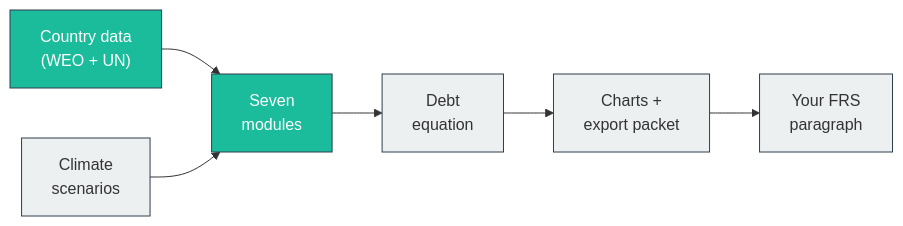
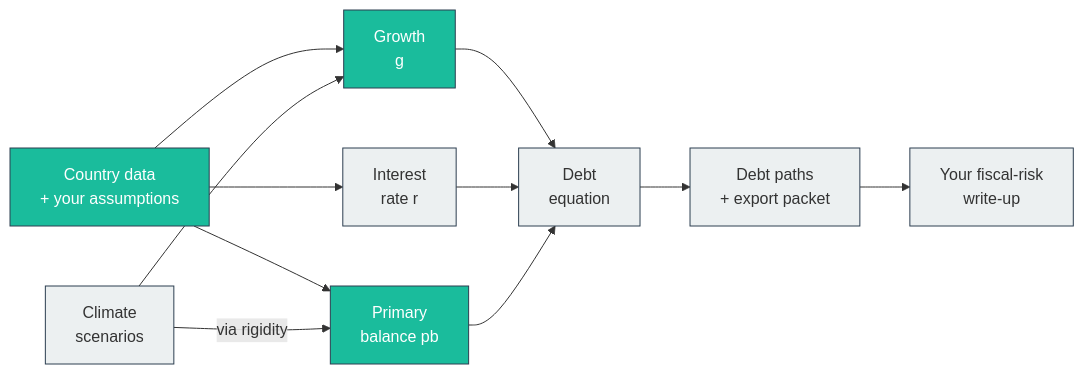
One commit to Teal-Insights/QCraft-App changed the diagram in docs/companion-guide/m3-parameters.qmd. Above: the diagram before and after it, drawn with Mermaid. The commit also changed other lines of this file and 6 other files, not shown here.

````diff
--- a/docs/companion-guide/m3-parameters.qmd
+++ b/docs/companion-guide/m3-parameters.qmd
@@ -38,17 +38,24 @@
 ```{mermaid}
-%%| fig-cap: "This module is the data and the parameters that drive the modules."
+%%| fig-cap: "This module is the left of the chain: the data you load, and the assumptions you set on top of it."
 %%| fig-width: 6
 flowchart LR
-    D["Country data<br>(WEO + UN)"] --> M["Seven<br>modules"]
-    S["Climate<br>scenarios"] --> M
-    M --> E["Debt<br>equation"]
-    E --> O["Charts +<br>export packet"]
-    O --> F["Your FRS<br>paragraph"]
+    D["Country data<br>+ your assumptions"] --> G["Growth<br>g"]
+    D --> R["Interest<br>rate r"]
+    D --> P["Primary<br>balance pb"]
+    C["Climate<br>scenarios"] --> G
+    C -->|"via rigidity"| P
+    G --> E["Debt<br>equation"]
+    R --> E
+    P --> E
+    E --> O["Debt paths<br>+ export packet"]
+    O --> F["Your fiscal-risk<br>write-up"]
 
     style D fill:#1ABC9C,stroke:#2C3E50,color:#fff
-    style S fill:#ECF0F1,stroke:#2C3E50
-    style M fill:#1ABC9C,stroke:#2C3E50,color:#fff
+    style C fill:#ECF0F1,stroke:#2C3E50
+    style G fill:#1ABC9C,stroke:#2C3E50,color:#fff
+    style R fill:#ECF0F1,stroke:#2C3E50
+    style P fill:#1ABC9C,stroke:#2C3E50,color:#fff
     style E fill:#ECF0F1,stroke:#2C3E50
     style O fill:#ECF0F1,stroke:#2C3E50
     style F fill:#ECF0F1,stroke:#2C3E50
 ```
````
